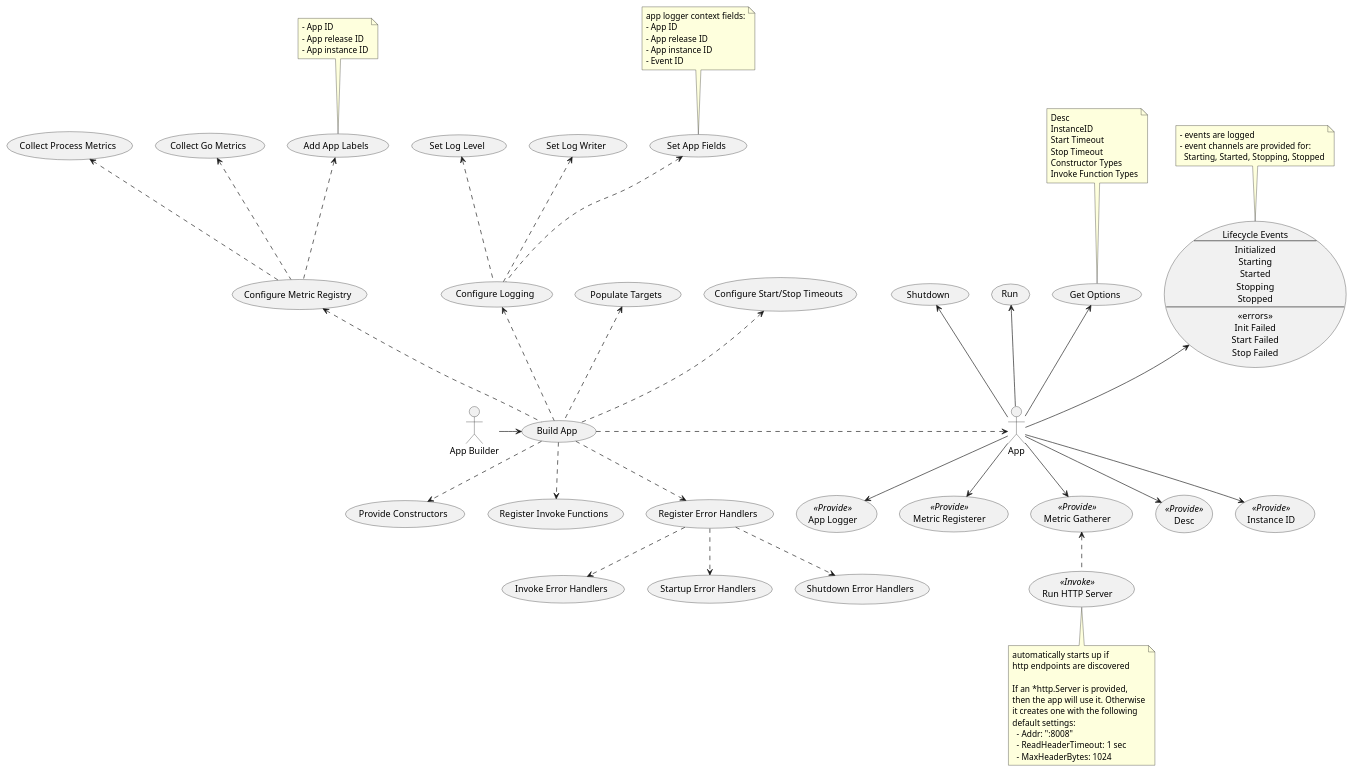
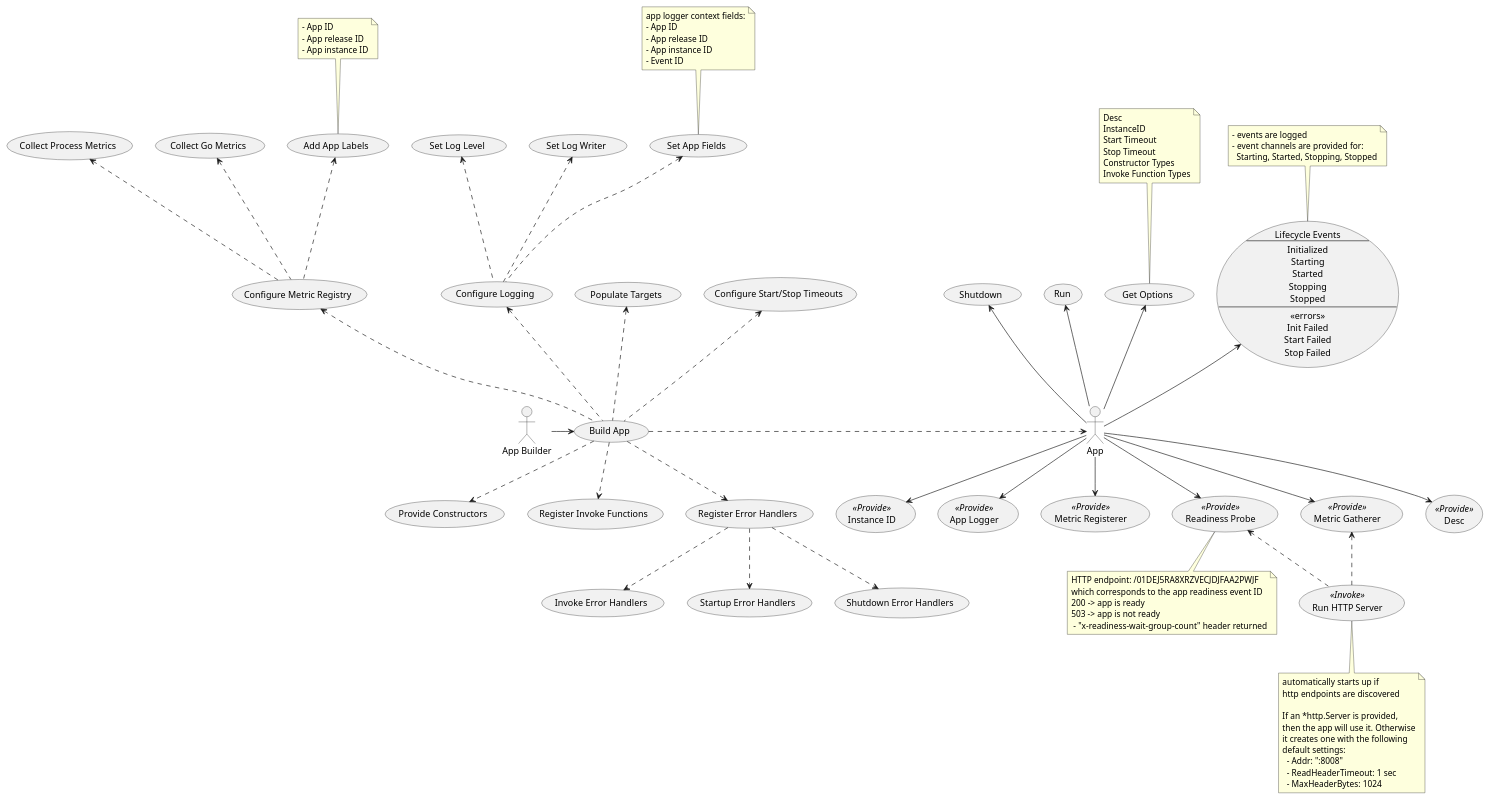
One commit to oysterpack/andiamo changed the diagram in pkg/fxapp/usecases.puml. Above: the diagram before and after it, drawn with PlantUML. The commit also changed 7 other files, not shown here.

Commit message:
added support for application readiness probe

```diff
--- a/pkg/fxapp/usecases.puml
+++ b/pkg/fxapp/usecases.puml
@@ -1,132 +1,143 @@
 @startuml
 :App Builder: as Builder
 actor App
 
 (Build App) as (Build)
 (Provide Constructors) as (Provide)
 (Register Invoke Functions) as (Invoke)
 
 (Register Error Handlers) as (ErrorHandlers)
 (Invoke Error Handlers) as (InvokeErrorHandlers)
 (Startup Error Handlers) as (StartupErrorHandlers)
 (Shutdown Error Handlers) as (ShutdownErrorHandlers)
 
 (Populate Targets) as (Populate)
 
 (Configure Logging) as (Logging)
 (Set Log Writer) as (LogWriter)
 (Set Log Level) as (LogLevel)
 (Set App Fields) as (LoggerAppFields)
 
 note top
 app logger context fields:
 - App ID
 - App release ID
 - App instance ID
 - Event ID
 end note
 
 (Configure Metric Registry) as (Metrics)
 (Collect Go Metrics) as (GoCollector)
 (Collect Process Metrics) as (ProcessCollector)
 (Add App Labels) as (MetricAppLabels)
 
 note top
 - App ID
 - App release ID
 - App instance ID
 end note
 
 (Configure Start/Stop Timeouts) as (Timeouts)
 
 Builder -> Build
 Build ..> Provide
 Build ..> Invoke
 Build ..> ErrorHandlers
 ErrorHandlers ..> InvokeErrorHandlers
 ErrorHandlers ..> StartupErrorHandlers
 ErrorHandlers ..> ShutdownErrorHandlers
 Build .up.> Populate
 
 Build .up.> Logging
 Logging .up.> LogWriter
 Logging .up.> LogLevel
 Logging .up.> LoggerAppFields
 
 Build .up.> Metrics
 Metrics .up.> GoCollector
 Metrics .up.> ProcessCollector
 Metrics .up.> MetricAppLabels
 
 Build .up.> Timeouts
 
 Build .> App
 
 (Desc) as (Desc) << Provide >>
 (Instance ID) as (InstanceID) << Provide >>
 (App Logger) as (AppLogger) << Provide >>
+(Readiness Probe) as (ReadinessWaitGroup) << Provide >>
+
+note bottom
+HTTP endpoint: /01DEJ5RA8XRZVECJDJFAA2PWJF
+which corresponds to the app readiness event ID
+200 -> app is ready
+503 -> app is not ready
+ - "x-readiness-wait-group-count" header returned
+end note
 
 (Metric Registerer) as (MetricRegistry) << Provide >>
 (Metric Gatherer) as (MetricGatherer) << Provide >>
 (Run HTTP Server) as (RunHTTPServer) << Invoke >>
 
 note bottom
 automatically starts up if
 http endpoints are discovered
 
 If an *http.Server is provided,
 then the app will use it. Otherwise
 it creates one with the following
 default settings:
   - Addr: ":8008"
   - ReadHeaderTimeout: 1 sec
   - MaxHeaderBytes: 1024
 end note
 
 RunHTTPServer .up.> MetricGatherer
+RunHTTPServer .up.> ReadinessWaitGroup
 
 (Run)
 (Shutdown)
 usecase Lifecycle as "
 Lifecycle Events
 ---
 Initialized
 Starting
 Started
 Stopping
 Stopped
 ---
 <<errors>>
 Init Failed
 Start Failed
 Stop Failed
 "
 
 note top
 - events are logged
 - event channels are provided for:
   Starting, Started, Stopping, Stopped
 end note
 
 (Get Options) as (Options)
 
 note top
 Desc
 InstanceID
 Start Timeout
 Stop Timeout
 Constructor Types
 Invoke Function Types
 end note
 
 App --> Desc
 App --> InstanceID
 App --> AppLogger
 App --> MetricRegistry
 App --> MetricGatherer
+App --> ReadinessWaitGroup
 App -up-> Options
 App -up-> Run
 App -up-> Shutdown
 App -up-> Lifecycle
 
 @enduml
```
